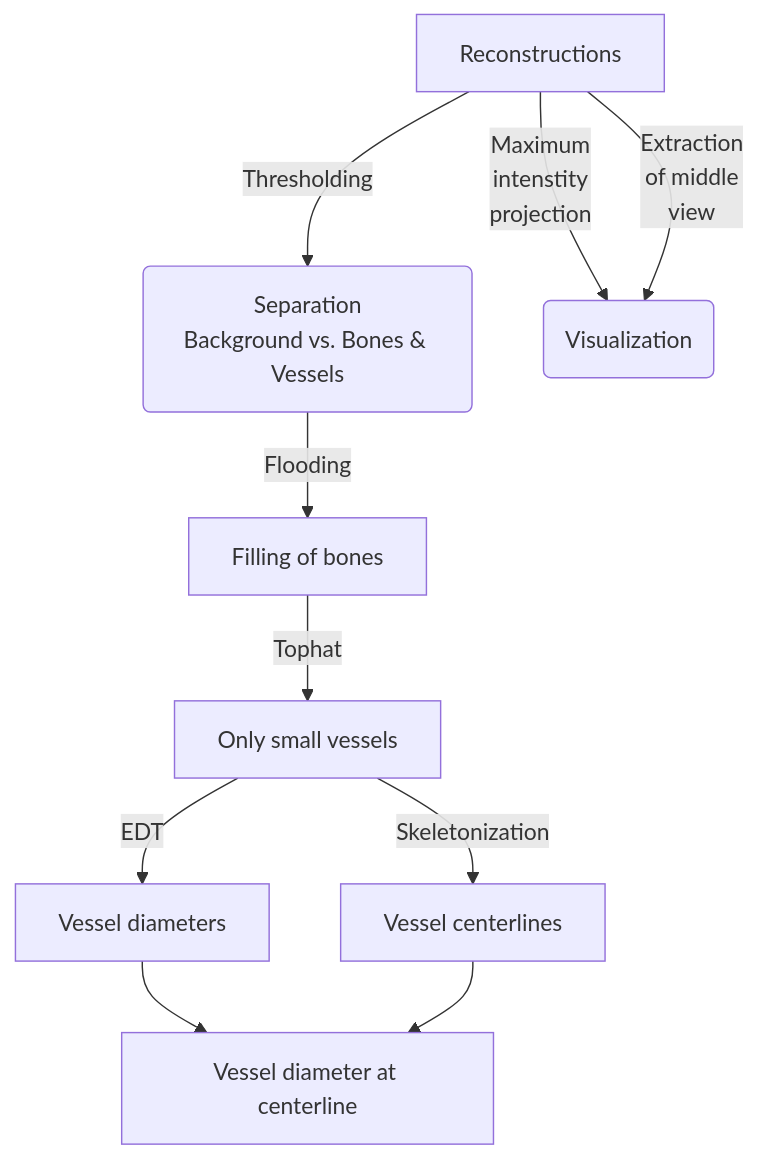
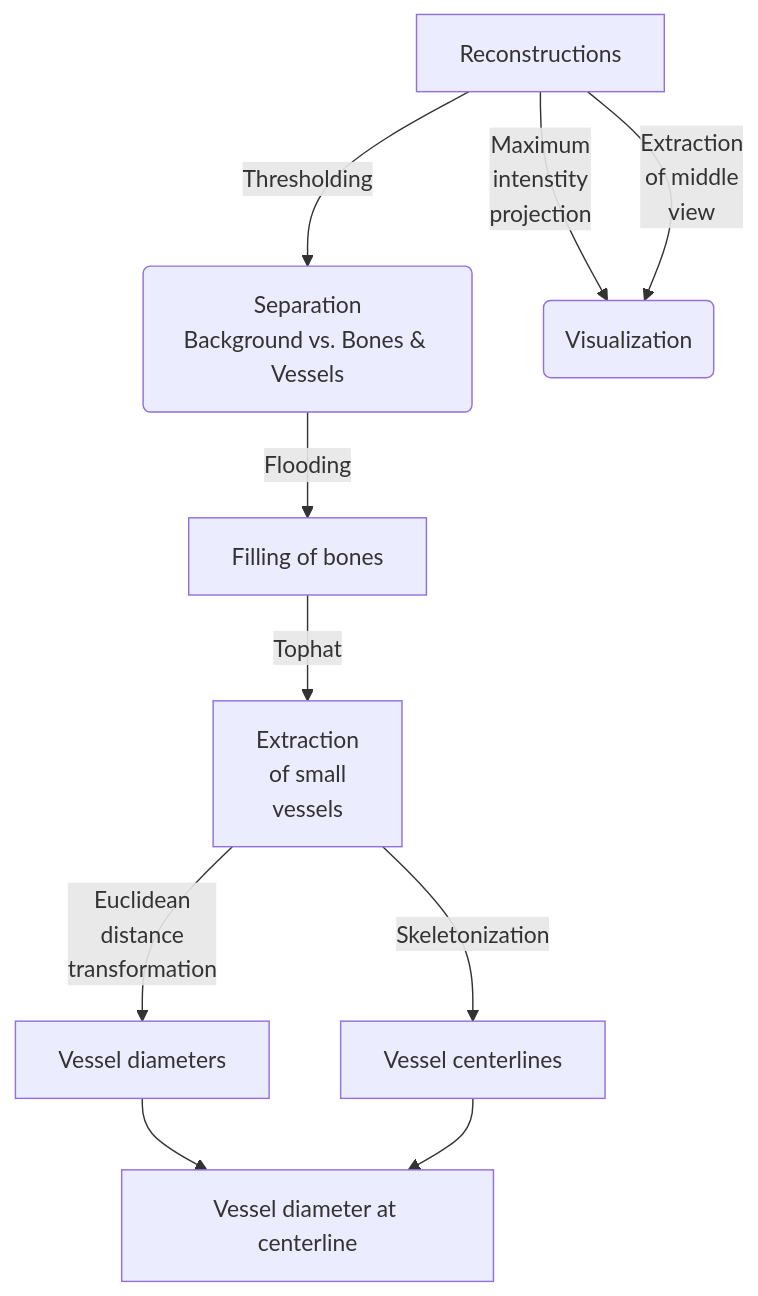
One commit to habi/Mouselegs.Tuebingen changed the diagram in Diagramm.mmd. Above: the diagram before and after it, drawn with Mermaid.

Commit message:
Specify how diameter and centerlines are done

```diff
--- a/Diagramm.mmd
+++ b/Diagramm.mmd
@@ -1,10 +1,10 @@
 graph TD
-	R[Reconstructions] -->|Thresholding|T(Separation<br />Background vs. Bones & Vessels)
-	R[Reconstructions] -->|Maximum<br />intenstity<br />projection|V(Visualization)
-	R[Reconstructions] -->|Extraction<br />of middle<br />view|V(Visualization)
-	T -->|Flooding|F[Filling of bones]
-	F -->|Tophat|TH[Only small vessels]
-	TH -->|Skeletonization| S[Vessel centerlines]
-	TH -->|EDT| E[Vessel diameters]
-	E -->C[Vessel diameter at centerline]
-	S -->C
+    R[Reconstructions] --> |Thresholding|T(Separation<br />Background vs. Bones & Vessels)
+    R[Reconstructions] --> |Maximum<br />intenstity<br />projection|V(Visualization)
+    R[Reconstructions] --> |Extraction<br />of middle<br />view|V(Visualization)
+    T --> |Flooding|F[Filling of bones]
+    F --> |Tophat|TH[Extraction<br />of small<br />vessels]
+    TH --> |Skeletonization|S[Vessel centerlines]
+    TH --> |Euclidean<br />distance<br />transformation|E[Vessel diameters]
+    E --> C[Vessel diameter at centerline]
+    S --> C
```
